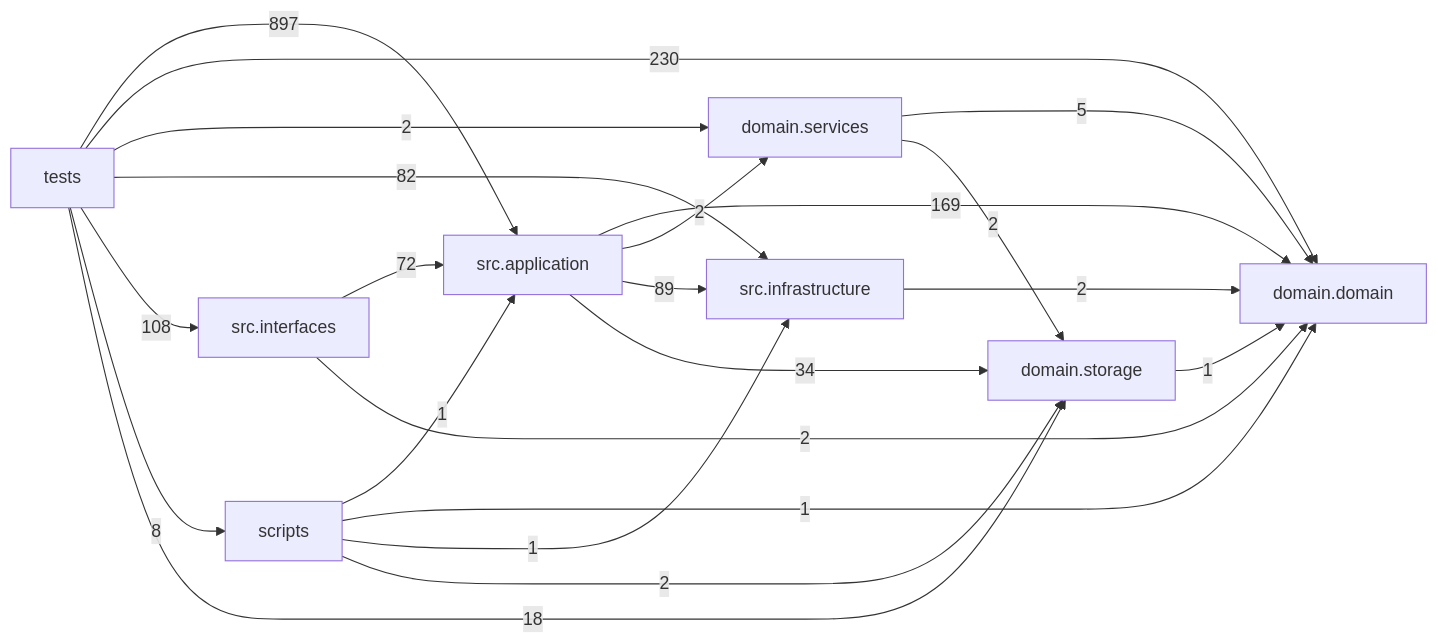
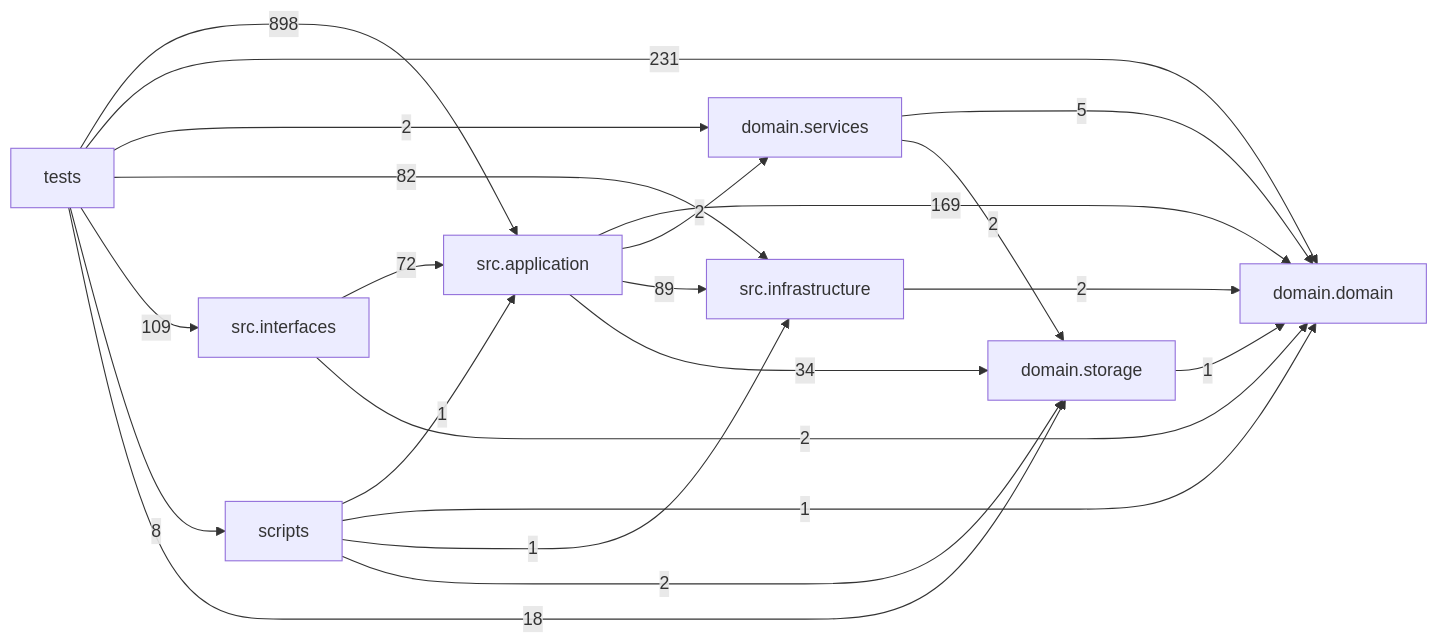
The diagram in docs/DEPENDENCY_GRAPH.md (liuxie066/options-monitor), drawn with Mermaid before and after one commit. The commit also changed other lines of this file and 49 other files, not shown here.

````diff
--- a/docs/DEPENDENCY_GRAPH.md
+++ b/docs/DEPENDENCY_GRAPH.md
@@ -24,32 +24,32 @@
 ```mermaid
 flowchart LR
   tests["tests"]
   scripts["scripts"]
   interfaces["src.interfaces"]
   application["src.application"]
   infrastructure["src.infrastructure"]
   domain_services["domain.services"]
   domain["domain.domain"]
   storage["domain.storage"]
   application -->|169| domain
   application -->|2| domain_services
   application -->|89| infrastructure
   application -->|34| storage
   domain_services -->|5| domain
   domain_services -->|2| storage
   infrastructure -->|2| domain
   interfaces -->|72| application
   interfaces -->|2| domain
   scripts -->|1| application
   scripts -->|1| domain
   scripts -->|1| infrastructure
   scripts -->|2| storage
   storage -->|1| domain
-  tests -->|897| application
-  tests -->|230| domain
+  tests -->|898| application
+  tests -->|231| domain
   tests -->|2| domain_services
   tests -->|82| infrastructure
-  tests -->|108| interfaces
+  tests -->|109| interfaces
   tests -->|8| scripts
   tests -->|18| storage
 ```
````
